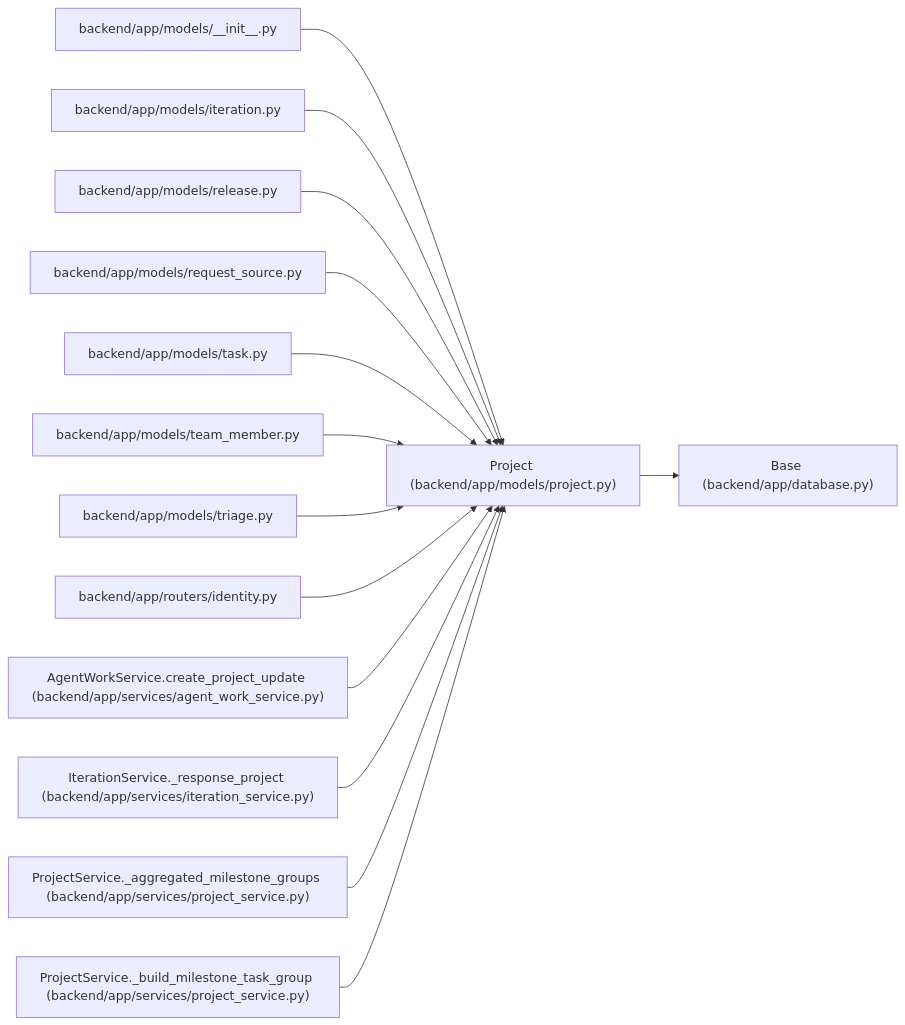
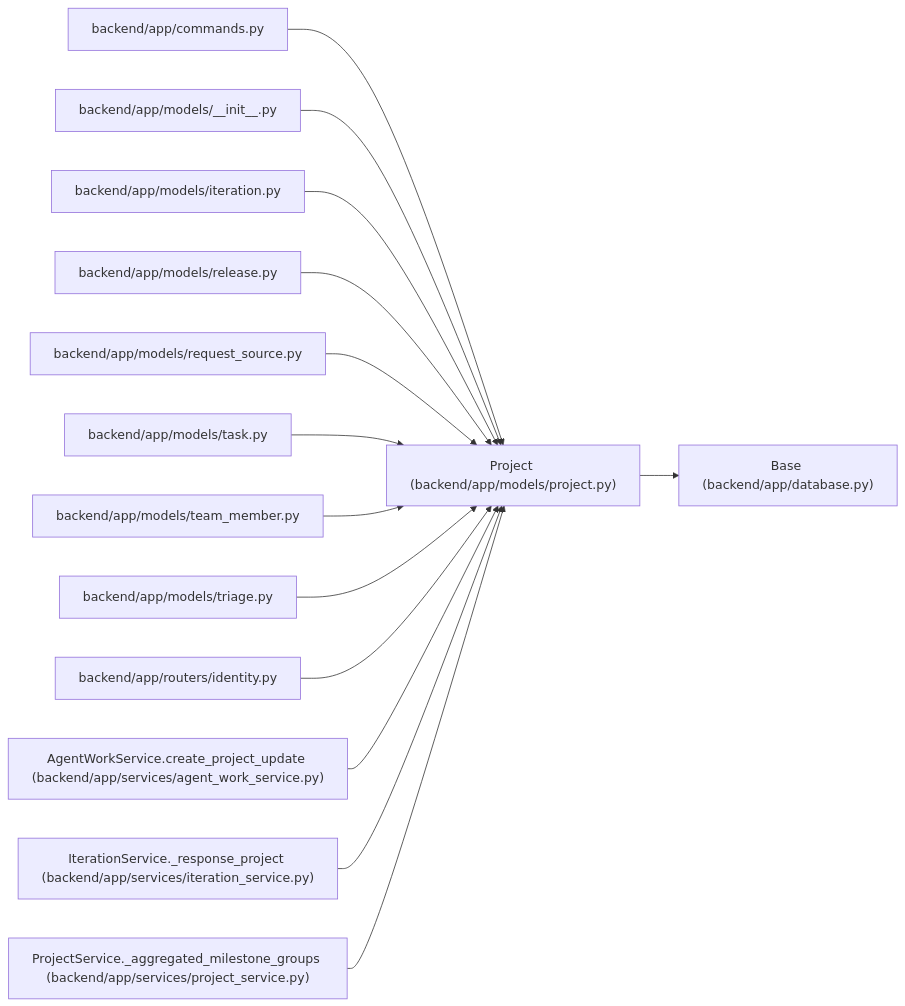
One commit to Denissvgn/WorkChord changed the diagram in docs/llm_wiki/entities/models_project_Project.md. Above: the diagram before and after it, drawn with Mermaid. The commit also changed other lines of this file and 1238 other files, not shown here.

First line of the commit message:
docs(wiki): publish compact canonical domain architecture

````diff
--- a/docs/llm_wiki/entities/models_project_Project.md
+++ b/docs/llm_wiki/entities/models_project_Project.md
@@ -48,44 +48,44 @@
 ```mermaid
 flowchart LR
     n0["Project (backend/app/models/project.py)"]
     n1["Base (backend/app/database.py)"]
-    n2["backend/app/models/__init__.py"]
-    n3["backend/app/models/iteration.py"]
-    n4["backend/app/models/release.py"]
-    n5["backend/app/models/request_source.py"]
-    n6["backend/app/models/task.py"]
-    n7["backend/app/models/team_member.py"]
-    n8["backend/app/models/triage.py"]
-    n9["backend/app/routers/identity.py"]
-    n10["AgentWorkService.create_project_update (backend/app/services/agent_work_service.py)"]
-    n11["IterationService._response_project (backend/app/services/iteration_service.py)"]
-    n12["ProjectService._aggregated_milestone_groups (backend/app/services/project_service.py)"]
-    n13["ProjectService._build_milestone_task_group (backend/app/services/project_service.py)"]
+    n2["backend/app/commands.py"]
+    n3["backend/app/models/__init__.py"]
+    n4["backend/app/models/iteration.py"]
+    n5["backend/app/models/release.py"]
+    n6["backend/app/models/request_source.py"]
+    n7["backend/app/models/task.py"]
+    n8["backend/app/models/team_member.py"]
+    n9["backend/app/models/triage.py"]
+    n10["backend/app/routers/identity.py"]
+    n11["AgentWorkService.create_project_update (backend/app/services/agent_work_service.py)"]
+    n12["IterationService._response_project (backend/app/services/iteration_service.py)"]
+    n13["ProjectService._aggregated_milestone_groups (backend/app/services/project_service.py)"]
     n0 --> n1
     n2 --> n0
     n3 --> n0
     n4 --> n0
     n5 --> n0
     n6 --> n0
     n7 --> n0
     n8 --> n0
     n9 --> n0
     n10 --> n0
     n11 --> n0
     n12 --> n0
     n13 --> n0
     click n0 "../modules/models_project.md"
     click n1 "../modules/app_database.md"
-    click n2 "../modules/models___init__.md"
-    click n3 "../modules/models_iteration.md"
-    click n4 "../modules/models_release.md"
-    click n5 "../modules/models_request_source.md"
-    click n6 "../modules/models_task.md"
-    click n7 "../modules/team_member.md"
-    click n8 "../modules/models_triage.md"
-    click n9 "../modules/routers_identity.md"
-    click n10 "../modules/agent_work_service.md"
-    click n11 "../modules/iteration_service.md"
-    click n12 "../modules/project_service.md"
+    click n2 "../modules/commands.md"
+    click n3 "../modules/models___init__.md"
+    click n4 "../modules/models_iteration.md"
+    click n5 "../modules/models_release.md"
+    click n6 "../modules/models_request_source.md"
+    click n7 "../modules/models_task.md"
+    click n8 "../modules/team_member.md"
+    click n9 "../modules/models_triage.md"
+    click n10 "../modules/routers_identity.md"
+    click n11 "../modules/agent_work_service.md"
+    click n12 "../modules/iteration_service.md"
     click n13 "../modules/project_service.md"
 ```
````
